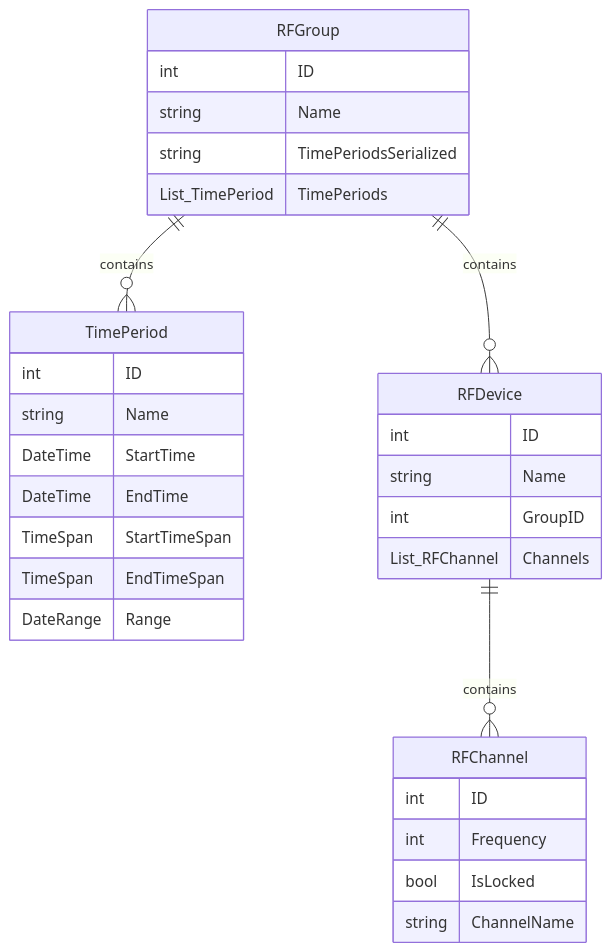
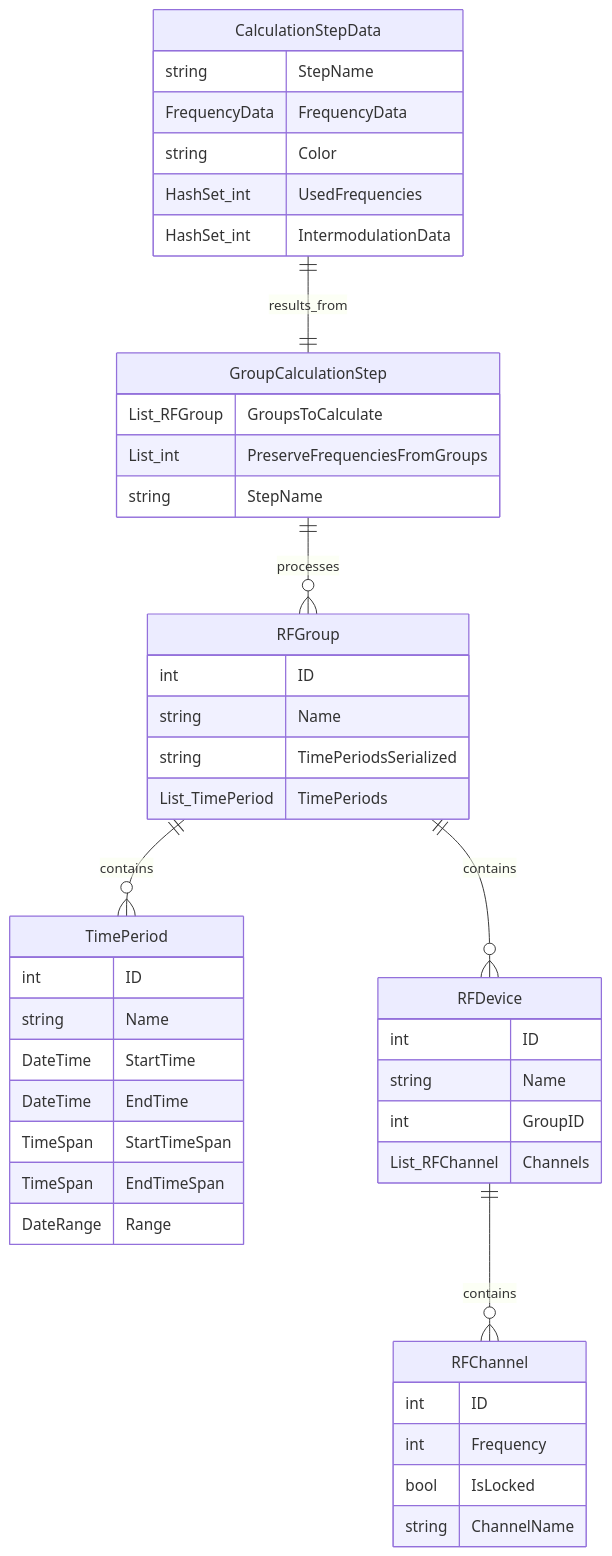
The second of 4 diagrams in docusaurus/docs/features/time-management.md (Beatwen/RF_Go), drawn with Mermaid before and after one commit. The commit also changed other lines of this file and 17 other files, not shown here.

Commit message:
Better handling of groups : when deleting a group, devices get to a new group. Groups calculation is better.  When adding device, you can assign them to groups.

````diff
--- a/docusaurus/docs/features/time-management.md
+++ b/docusaurus/docs/features/time-management.md
@@ -41,37 +40,53 @@
 ```mermaid
 erDiagram
     RFGroup {
         int ID
         string Name
         string TimePeriodsSerialized
         List_TimePeriod TimePeriods
     }
     
     TimePeriod {
         int ID
         string Name
         DateTime StartTime
         DateTime EndTime
         TimeSpan StartTimeSpan
         TimeSpan EndTimeSpan
         DateRange Range
     }
     
+    GroupCalculationStep {
+        List_RFGroup GroupsToCalculate
+        List_int PreserveFrequenciesFromGroups
+        string StepName
+    }
+    
+    CalculationStepData {
+        string StepName
+        FrequencyData FrequencyData
+        string Color
+        HashSet_int UsedFrequencies
+        HashSet_int IntermodulationData
+    }
+    
     RFDevice {
         int ID
         string Name
         int GroupID
         List_RFChannel Channels
     }
     
     RFChannel {
         int ID
         int Frequency
         bool IsLocked
         string ChannelName
     }
     
     RFGroup ||--o{ TimePeriod : contains
     RFGroup ||--o{ RFDevice : contains
     RFDevice ||--o{ RFChannel : contains
+    GroupCalculationStep ||--o{ RFGroup : processes
+    CalculationStepData ||--|| GroupCalculationStep : results_from
 ```
````
